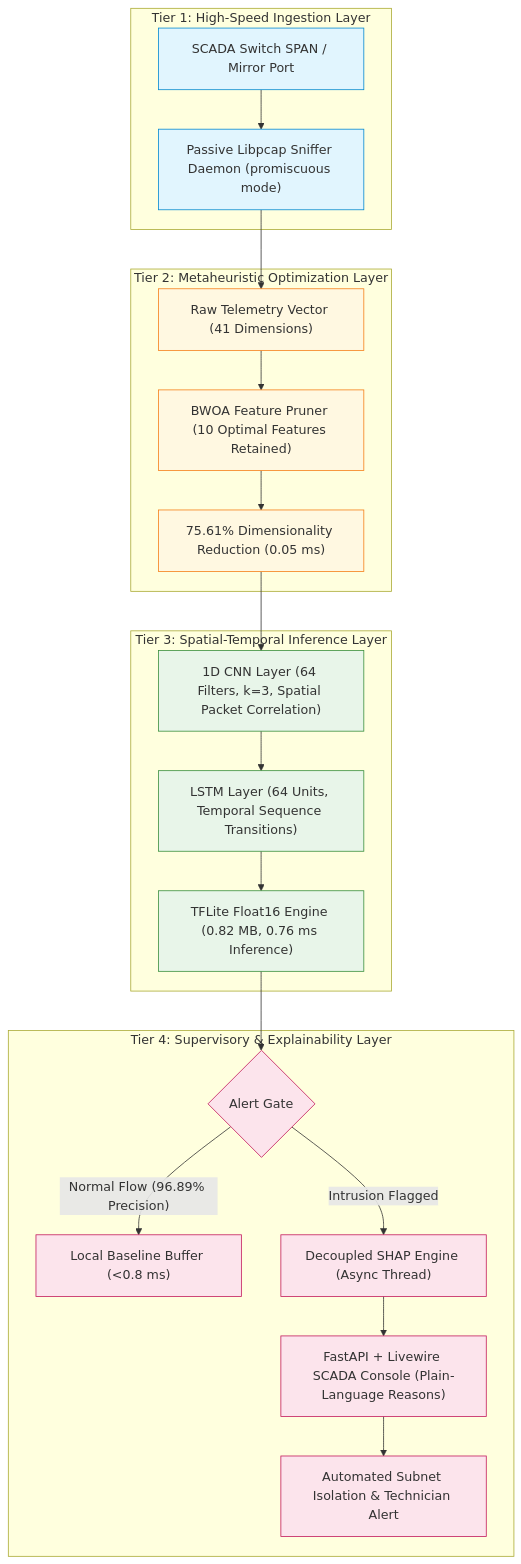
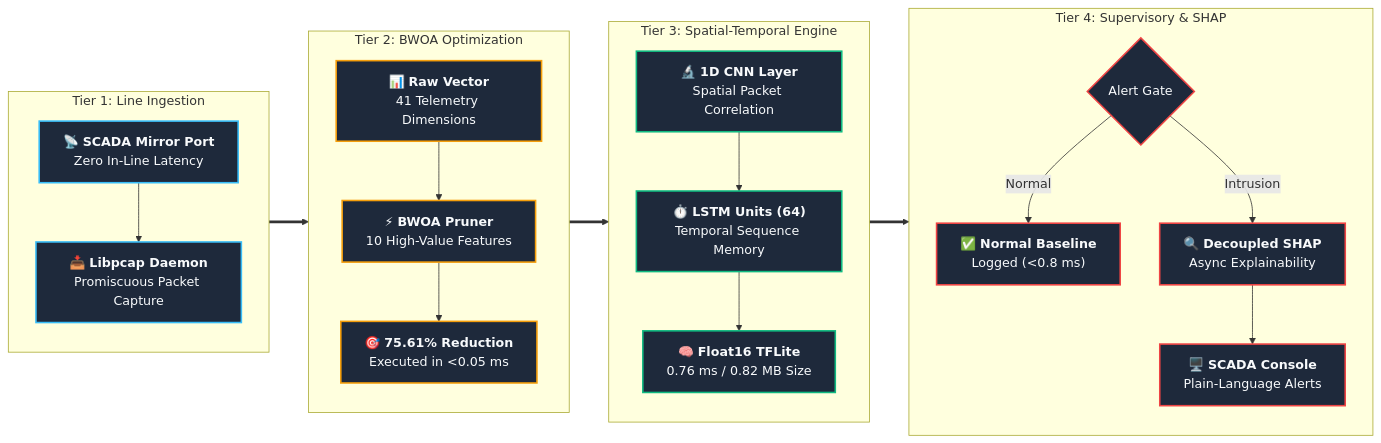
Before and after one commit to mhiskall282/Securing-the-Digital-Mine-UNESCO-Project: the first of 4 diagrams in docs/architecture.md, drawn with Mermaid. The commit also changed other lines of this file and 9 other files, not shown here.

Commit message:
style(docs): optimize Mermaid diagrams for GitBook with wide horizontal layouts and high contrast

````diff
--- a/docs/architecture.md
+++ b/docs/architecture.md
@@ -23,45 +23,49 @@
 ```mermaid
-flowchart TD
-    subgraph Tier1["Tier 1: High-Speed Ingestion Layer"]
-        SPAN["SCADA Switch SPAN / Mirror Port"]
-        SNIFF["Passive Libpcap Sniffer Daemon (promiscuous mode)"]
+flowchart LR
+    subgraph Tier1["Tier 1: Line Ingestion"]
+        direction TB
+        SPAN["📡 <b>SCADA Mirror Port</b><br/>Zero In-Line Latency"]
+        SNIFF["📥 <b>Libpcap Daemon</b><br/>Promiscuous Packet Capture"]
         SPAN --> SNIFF
     end
 
-    subgraph Tier2["Tier 2: Metaheuristic Optimization Layer"]
-        RAW["Raw Telemetry Vector (41 Dimensions)"]
-        BWOA["BWOA Feature Pruner (10 Optimal Features Retained)"]
-        MASK["75.61% Dimensionality Reduction (0.05 ms)"]
-        SNIFF --> RAW
-        RAW --> BWOA
-        BWOA --> MASK
+    subgraph Tier2["Tier 2: BWOA Optimization"]
+        direction TB
+        RAW["📊 <b>Raw Vector</b><br/>41 Telemetry Dimensions"]
+        BWOA["⚡ <b>BWOA Pruner</b><br/>10 High-Value Features"]
+        MASK["🎯 <b>75.61% Reduction</b><br/>Executed in <0.05 ms"]
+        RAW --> BWOA --> MASK
     end
 
-    subgraph Tier3["Tier 3: Spatial-Temporal Inference Layer"]
-        CONV["1D CNN Layer (64 Filters, k=3, Spatial Packet Correlation)"]
-        LSTM["LSTM Layer (64 Units, Temporal Sequence Transitions)"]
-        TFLITE["TFLite Float16 Engine (0.82 MB, 0.76 ms Inference)"]
-        MASK --> CONV
-        CONV --> LSTM
-        LSTM --> TFLITE
+    subgraph Tier3["Tier 3: Spatial-Temporal Engine"]
+        direction TB
+        CONV["🔬 <b>1D CNN Layer</b><br/>Spatial Packet Correlation"]
+        LSTM["⏱️ <b>LSTM Units (64)</b><br/>Temporal Sequence Memory"]
+        TFLITE["🧠 <b>Float16 TFLite</b><br/>0.76 ms / 0.82 MB Size"]
+        CONV --> LSTM --> TFLITE
     end
 
-    subgraph Tier4["Tier 4: Supervisory & Explainability Layer"]
-        DECISION{"Alert Gate"}
-        TFLITE --> DECISION
-        DECISION -- "Normal Flow (96.89% Precision)" --> LOG["Local Baseline Buffer (<0.8 ms)"]
-        DECISION -- "Intrusion Flagged" --> SHAP["Decoupled SHAP Engine (Async Thread)"]
-        SHAP --> UI["FastAPI + Livewire SCADA Console (Plain-Language Reasons)"]
-        UI --> ISO["Automated Subnet Isolation & Technician Alert"]
+    subgraph Tier4["Tier 4: Supervisory & SHAP"]
+        direction TB
+        GATE{"Alert Gate"}
+        PASS["✅ <b>Normal Baseline</b><br/>Logged (<0.8 ms)"]
+        SHAP["🔍 <b>Decoupled SHAP</b><br/>Async Explainability"]
+        UI["🖥️ <b>SCADA Console</b><br/>Plain-Language Alerts"]
+        GATE -- "Normal" --> PASS
+        GATE -- "Intrusion" --> SHAP --> UI
     end
 
-    classDef t1 fill:#e1f5fe,stroke:#0288d1,stroke-width:1px;
-    classDef t2 fill:#fff8e1,stroke:#f57f17,stroke-width:1px;
-    classDef t3 fill:#e8f5e9,stroke:#388e3c,stroke-width:1px;
-    classDef t4 fill:#fce4ec,stroke:#c2185b,stroke-width:1px;
+    SNIFF ==> RAW
+    MASK ==> CONV
+    TFLITE ==> GATE
+
+    classDef t1 fill:#1e293b,stroke:#38bdf8,stroke-width:2px,color:#f8fafc;
+    classDef t2 fill:#1e293b,stroke:#f59e0b,stroke-width:2px,color:#f8fafc;
+    classDef t3 fill:#1e293b,stroke:#10b981,stroke-width:2px,color:#f8fafc;
+    classDef t4 fill:#1e293b,stroke:#ef4444,stroke-width:2px,color:#f8fafc;
 
     class SPAN,SNIFF t1;
     class RAW,BWOA,MASK t2;
     class CONV,LSTM,TFLITE t3;
-    class DECISION,LOG,SHAP,UI,ISO t4;
+    class GATE,PASS,SHAP,UI t4;
 ```
````
